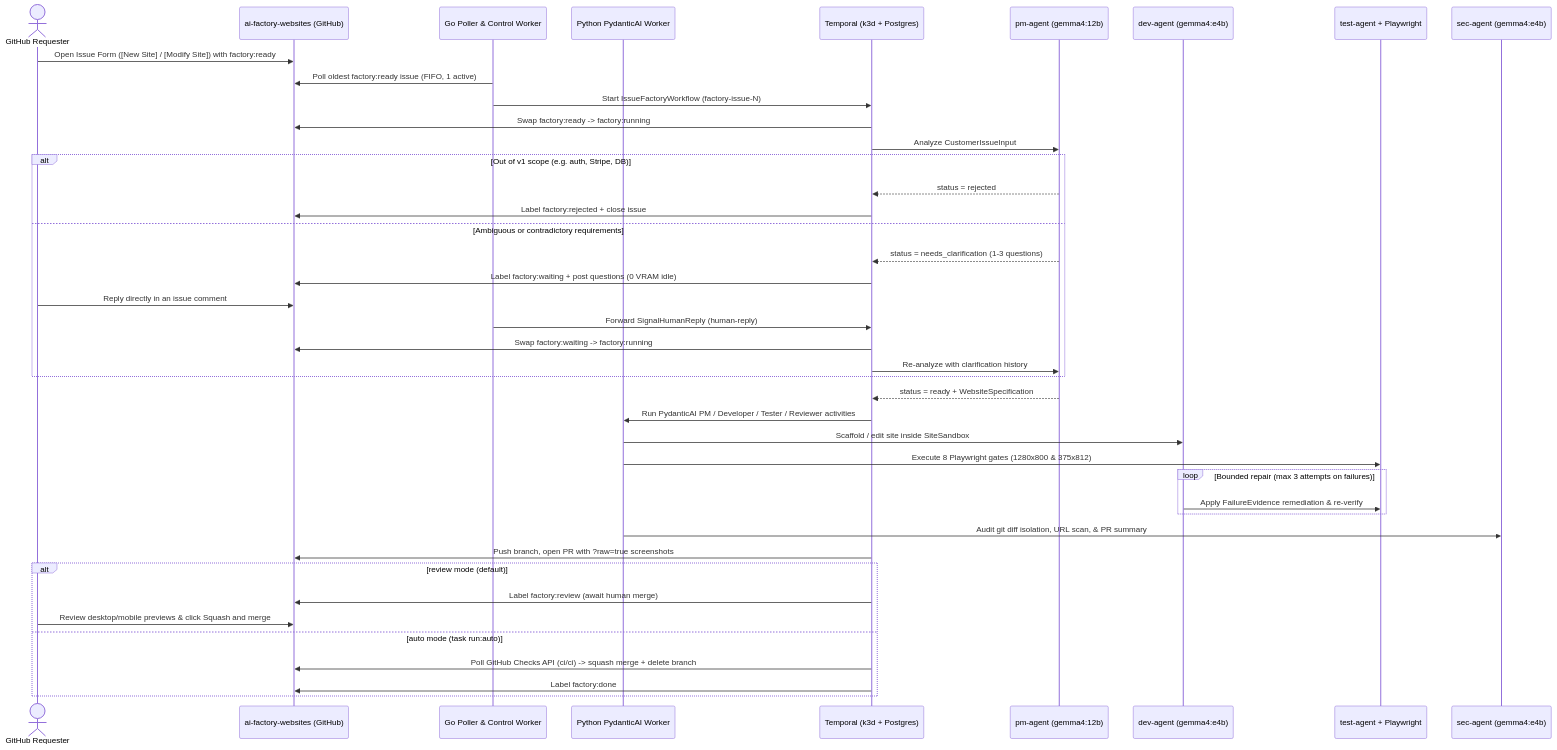
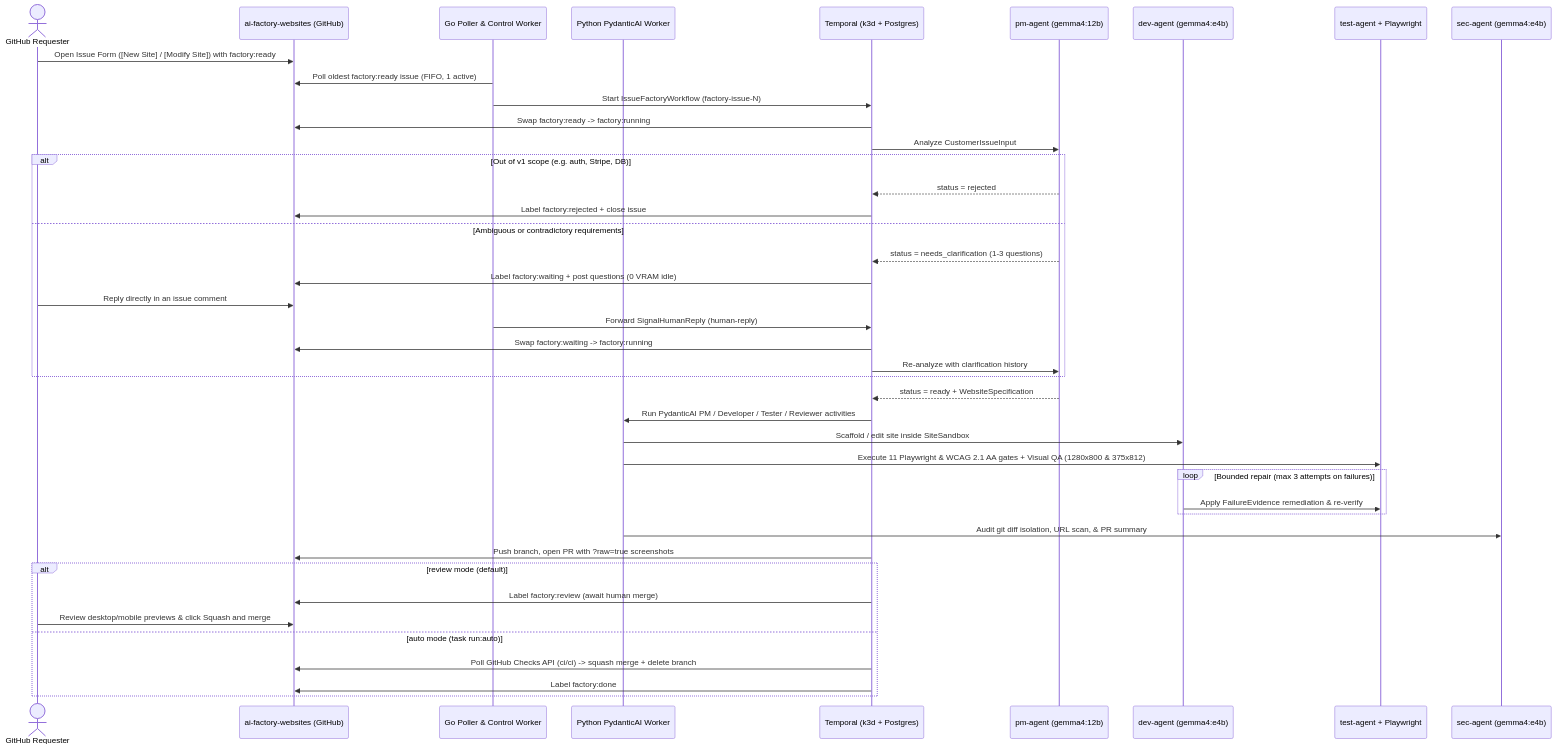
One commit to barbarosydev/ai-factory changed the diagram in docs/user-journey.md. Above: the diagram before and after it, drawn with Mermaid. The commit also changed 26 other files, not shown here.

First line of the commit message:
feat: upgrade PydanticAI agents with Visual QA, single-turn dev output, and local CLI

````diff
--- a/docs/user-journey.md
+++ b/docs/user-journey.md
@@ -7,48 +7,48 @@
 ```mermaid
 sequenceDiagram
   actor Customer as GitHub Requester
   participant GH as ai-factory-websites (GitHub)
   participant Poller as Go Poller & Control Worker
   participant Agents as Python PydanticAI Worker
   participant Temporal as Temporal (k3d + Postgres)
   participant PM as pm-agent (gemma4:12b)
   participant Dev as dev-agent (gemma4:e4b)
   participant Test as test-agent + Playwright
   participant Sec as sec-agent (gemma4:e4b)
 
   Customer->>GH: Open Issue Form ([New Site] / [Modify Site]) with factory:ready
   Poller->>GH: Poll oldest factory:ready issue (FIFO, 1 active)
   Poller->>Temporal: Start IssueFactoryWorkflow (factory-issue-N)
   Temporal->>GH: Swap factory:ready -> factory:running
   Temporal->>PM: Analyze CustomerIssueInput
 
   alt Out of v1 scope (e.g. auth, Stripe, DB)
     PM-->>Temporal: status = rejected
     Temporal->>GH: Label factory:rejected + close issue
   else Ambiguous or contradictory requirements
     PM-->>Temporal: status = needs_clarification (1-3 questions)
     Temporal->>GH: Label factory:waiting + post questions (0 VRAM idle)
     Customer->>GH: Reply directly in an issue comment
     Poller->>Temporal: Forward SignalHumanReply (human-reply)
     Temporal->>GH: Swap factory:waiting -> factory:running
     Temporal->>PM: Re-analyze with clarification history
   end
 
   PM-->>Temporal: status = ready + WebsiteSpecification
   Temporal->>Agents: Run PydanticAI PM / Developer / Tester / Reviewer activities
   Agents->>Dev: Scaffold / edit site inside SiteSandbox
-  Agents->>Test: Execute 8 Playwright gates (1280x800 & 375x812)
+  Agents->>Test: Execute 11 Playwright & WCAG 2.1 AA gates + Visual QA (1280x800 & 375x812)
   loop Bounded repair (max 3 attempts on failures)
     Dev->>Test: Apply FailureEvidence remediation & re-verify
   end
   Agents->>Sec: Audit git diff isolation, URL scan, & PR summary
   Temporal->>GH: Push branch, open PR with ?raw=true screenshots
 
   alt review mode (default)
     Temporal->>GH: Label factory:review (await human merge)
     Customer->>GH: Review desktop/mobile previews & click Squash and merge
   else auto mode (task run:auto)
     Temporal->>GH: Poll GitHub Checks API (ci/ci) -> squash merge + delete branch
     Temporal->>GH: Label factory:done
   end
 ```
````
